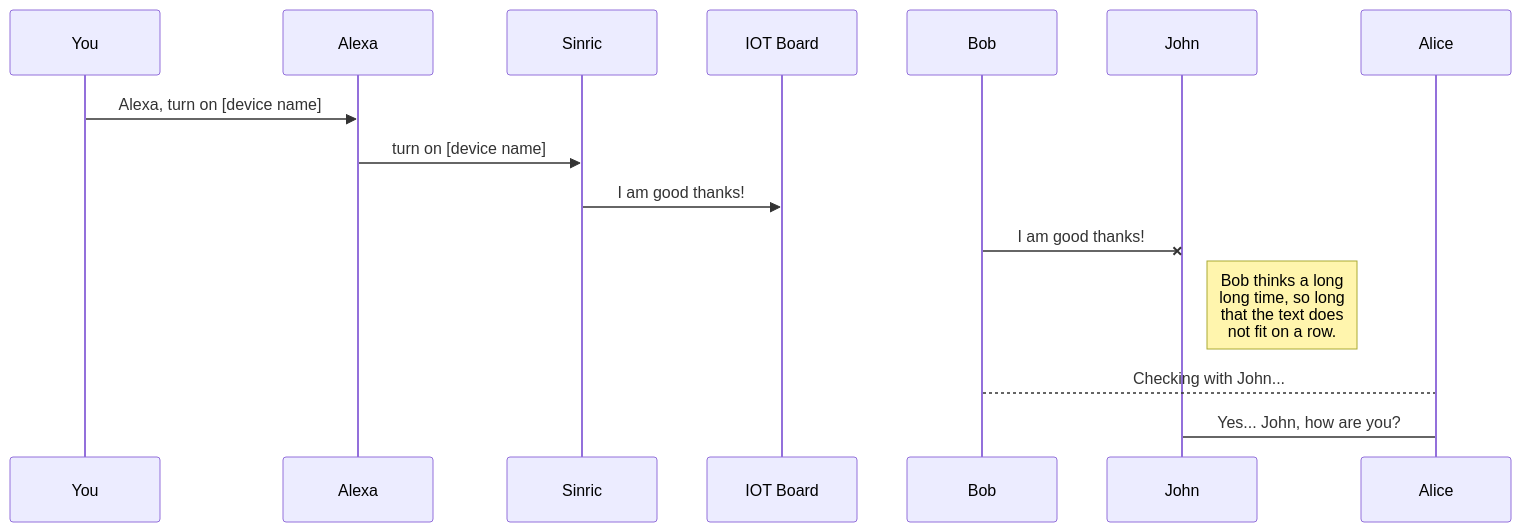
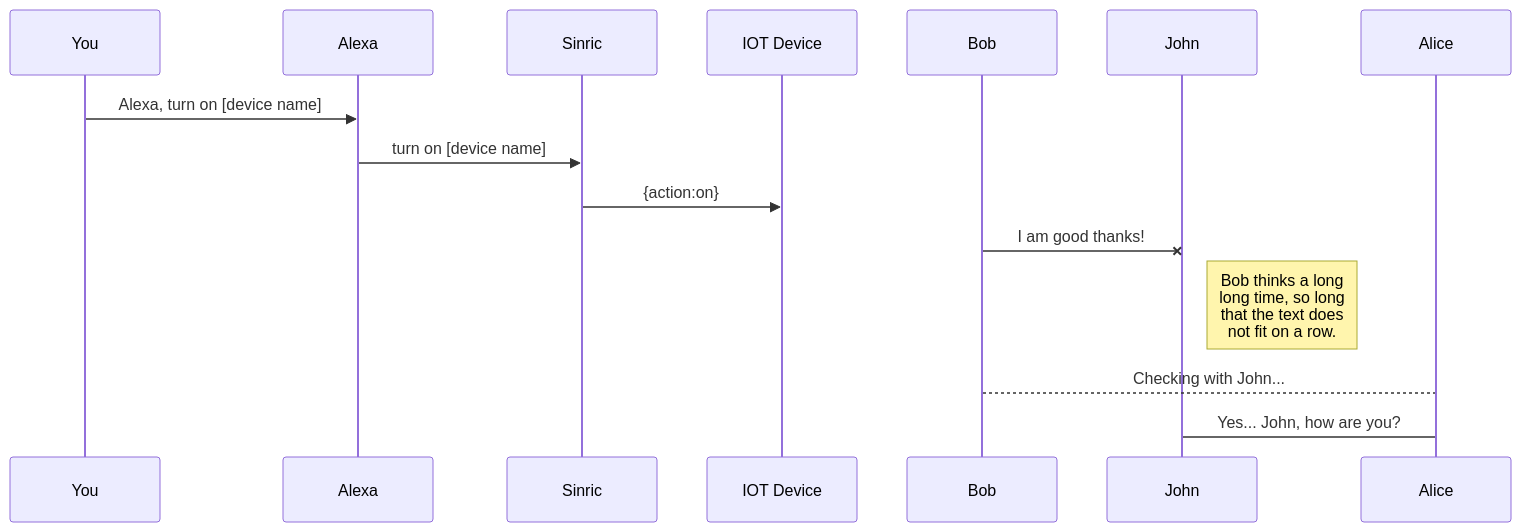
One commit to kakopappa/sinric-pro-help changed the first of 2 diagrams in Welcome file.md. Above: the diagram before and after it, drawn with Mermaid. The commit also changed other lines of this file, not shown here.

Commit message:
Welcome file.md updated from https://stackedit.io/

````diff
--- a/Welcome file.md
+++ b/Welcome file.md
@@ -124,11 +124,11 @@
 ```mermaid
 sequenceDiagram
 You ->> Alexa: Alexa, turn on [device name]
 Alexa->>Sinric: turn on [device name]
-Sinric->>IOT Board: I am good thanks!
+Sinric->>IOT Device: {action:on}
 Bob-x John: I am good thanks!
 Note right of John: Bob thinks a long<br/>long time, so long<br/>that the text does<br/>not fit on a row.
 
 Bob-->Alice: Checking with John...
 Alice->John: Yes... John, how are you?
 ```
````
